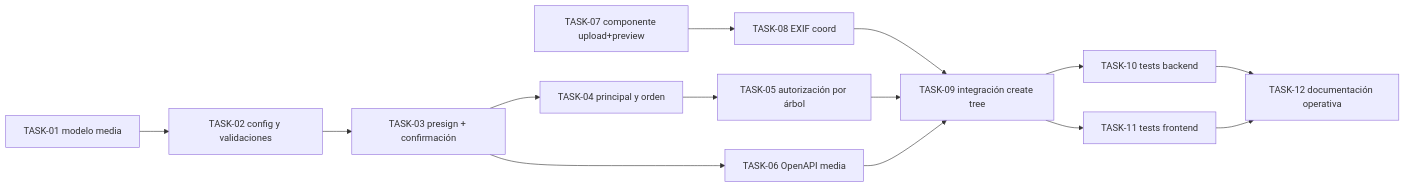
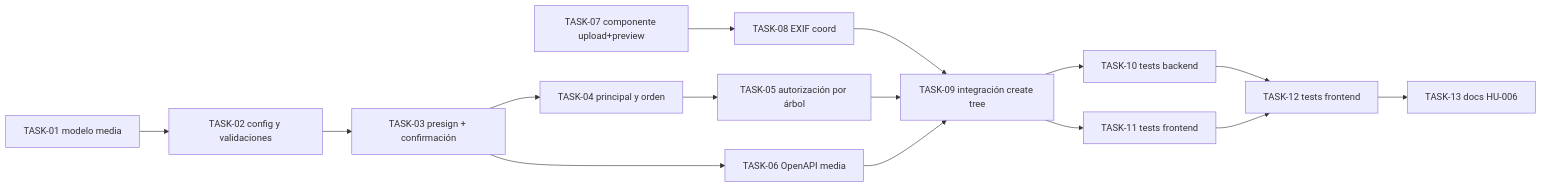
One commit to LIDR-academy/AI4Devs-finalproject changed the diagram in docs/backlog/HU-006-ticket-breakdown.md. Above: the diagram before and after it, drawn with Mermaid. The commit also changed other lines of this file and 56 other files, not shown here.

````diff
--- a/docs/backlog/HU-006-ticket-breakdown.md
+++ b/docs/backlog/HU-006-ticket-breakdown.md
@@ -35,16 +35,17 @@
 ```mermaid
 flowchart LR
   T01[TASK-01 modelo media] --> T02[TASK-02 config y validaciones]
   T02 --> T03[TASK-03 presign + confirmación]
   T03 --> T04[TASK-04 principal y orden]
   T04 --> T05[TASK-05 autorización por árbol]
   T03 --> T06[TASK-06 OpenAPI media]
   T07[TASK-07 componente upload+preview] --> T08[TASK-08 EXIF coord]
   T08 --> T09[TASK-09 integración create tree]
   T05 --> T09
   T06 --> T09
   T09 --> T10[TASK-10 tests backend]
   T09 --> T11[TASK-11 tests frontend]
-  T10 --> T12[TASK-12 documentación operativa]
+  T10 --> T12[TASK-12 tests frontend]
   T11 --> T12
+  T12 --> T13[TASK-13 docs HU-006]
 ```
````
